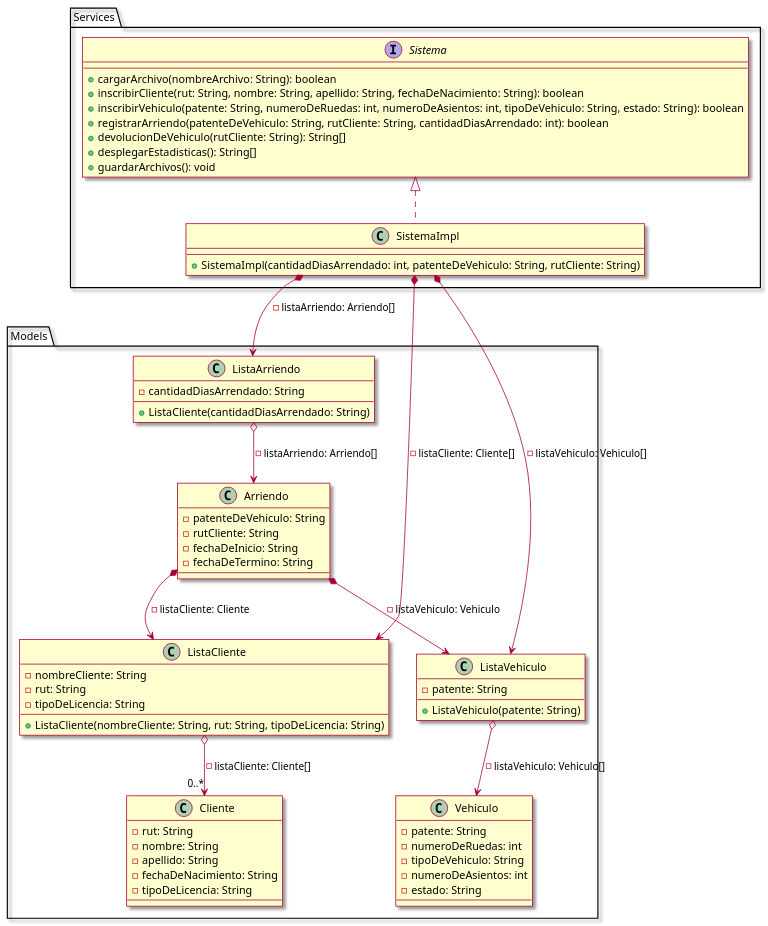
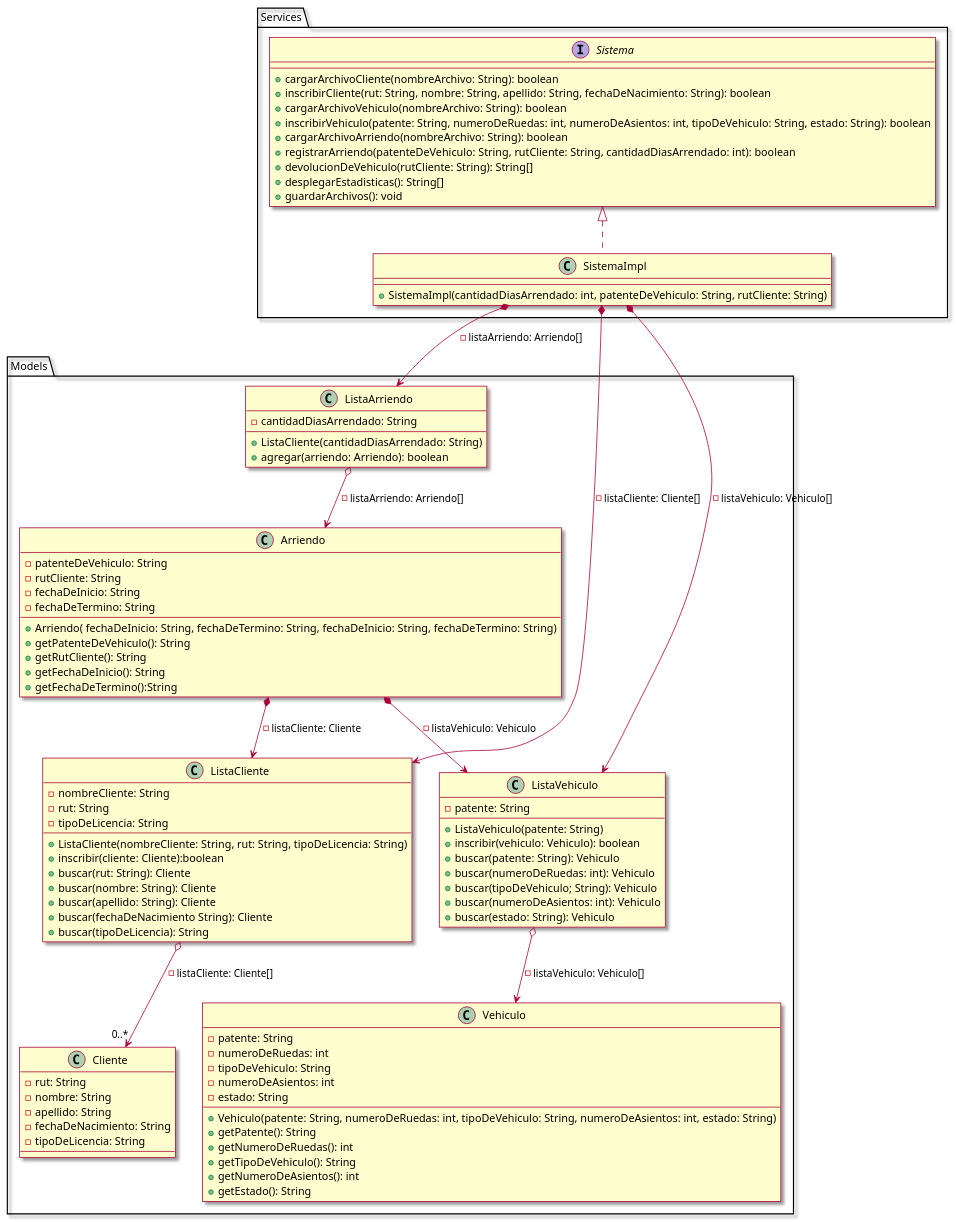
The diagram in docs/clases.puml (Algeito/Taller2.0), drawn with PlantUML before and after one commit.

Commit message:
diagrama de clases 2

```diff
--- a/docs/clases.puml
+++ b/docs/clases.puml
@@ -1,78 +1,105 @@
 @startuml
 skin rose
 !pragma useIntermediatePackages false
 
 package Models {
     class Arriendo{
         -patenteDeVehiculo: String
         -rutCliente: String
         -fechaDeInicio: String
         -fechaDeTermino: String
+        +Arriendo( fechaDeInicio: String, fechaDeTermino: String, fechaDeInicio: String, fechaDeTermino: String)
+        +getPatenteDeVehiculo(): String
+        +getRutCliente(): String
+        +getFechaDeInicio(): String
+        +getFechaDeTermino():String
     }
 
     class ListaArriendo{
         -cantidadDiasArrendado: String
         +ListaCliente(cantidadDiasArrendado: String)
+        +agregar(arriendo: Arriendo): boolean
+
     }
 
     class Cliente {
         -rut: String
         -nombre: String
         -apellido: String
         -fechaDeNacimiento: String
         -tipoDeLicencia: String
 
     }
 
     class ListaCliente{
         -nombreCliente: String
         -rut: String
         -tipoDeLicencia: String
         +ListaCliente(nombreCliente: String, rut: String, tipoDeLicencia: String)
+        +inscribir(cliente: Cliente):boolean
+        +buscar(rut: String): Cliente
+        +buscar(nombre: String): Cliente
+        +buscar(apellido: String): Cliente
+        +buscar(fechaDeNacimiento String): Cliente
+        +buscar(tipoDeLicencia): String
     }
 
     class Vehiculo{
         -patente: String
         -numeroDeRuedas: int
         -tipoDeVehiculo: String
         -numeroDeAsientos: int
         -estado: String
+        +Vehiculo(patente: String, numeroDeRuedas: int, tipoDeVehiculo: String, numeroDeAsientos: int, estado: String)
+        +getPatente(): String
+        +getNumeroDeRuedas(): int
+        +getTipoDeVehiculo(): String
+        +getNumeroDeAsientos(): int
+        +getEstado(): String
     }
 
     class ListaVehiculo{
         -patente: String
         +ListaVehiculo(patente: String)
+        +inscribir(vehiculo: Vehiculo): boolean
+        +buscar(patente: String): Vehiculo
+        +buscar(numeroDeRuedas: int): Vehiculo
+        +buscar(tipoDeVehiculo; String): Vehiculo
+        +buscar(numeroDeAsientos: int): Vehiculo
+        +buscar(estado: String): Vehiculo
     }
 }
 
 package Services {
     interface Sistema{
-        +cargarArchivo(nombreArchivo: String): boolean
+        +cargarArchivoCliente(nombreArchivo: String): boolean
         +inscribirCliente(rut: String, nombre: String, apellido: String, fechaDeNacimiento: String): boolean
+        +cargarArchivoVehiculo(nombreArchivo: String): boolean
         +inscribirVehiculo(patente: String, numeroDeRuedas: int, numeroDeAsientos: int, tipoDeVehiculo: String, estado: String): boolean
+        +cargarArchivoArriendo(nombreArchivo: String): boolean
         +registrarArriendo(patenteDeVehiculo: String, rutCliente: String, cantidadDiasArrendado: int): boolean
         +devolucionDeVehiculo(rutCliente: String): String[]
         +desplegarEstadisticas(): String[]
         +guardarArchivos(): void
     }
 
     class SistemaImpl{
         +SistemaImpl(cantidadDiasArrendado: int, patenteDeVehiculo: String, rutCliente: String)
 
     }
 }
 
 
 
 Sistema <|.. SistemaImpl
 SistemaImpl *--> ListaArriendo: -listaArriendo: Arriendo[]
 SistemaImpl *--> ListaCliente: -listaCliente: Cliente[]
 SistemaImpl *--> ListaVehiculo: -listaVehiculo: Vehiculo[]
 
 ListaArriendo o--> Arriendo: -listaArriendo: Arriendo[]
 ListaCliente o--> "0..*"Cliente: -listaCliente: Cliente[]
 ListaVehiculo o--> Vehiculo: -listaVehiculo: Vehiculo[]
 Arriendo *--> ListaCliente: -listaCliente: Cliente
 Arriendo *--> ListaVehiculo: -listaVehiculo: Vehiculo
 
 @enduml
```
